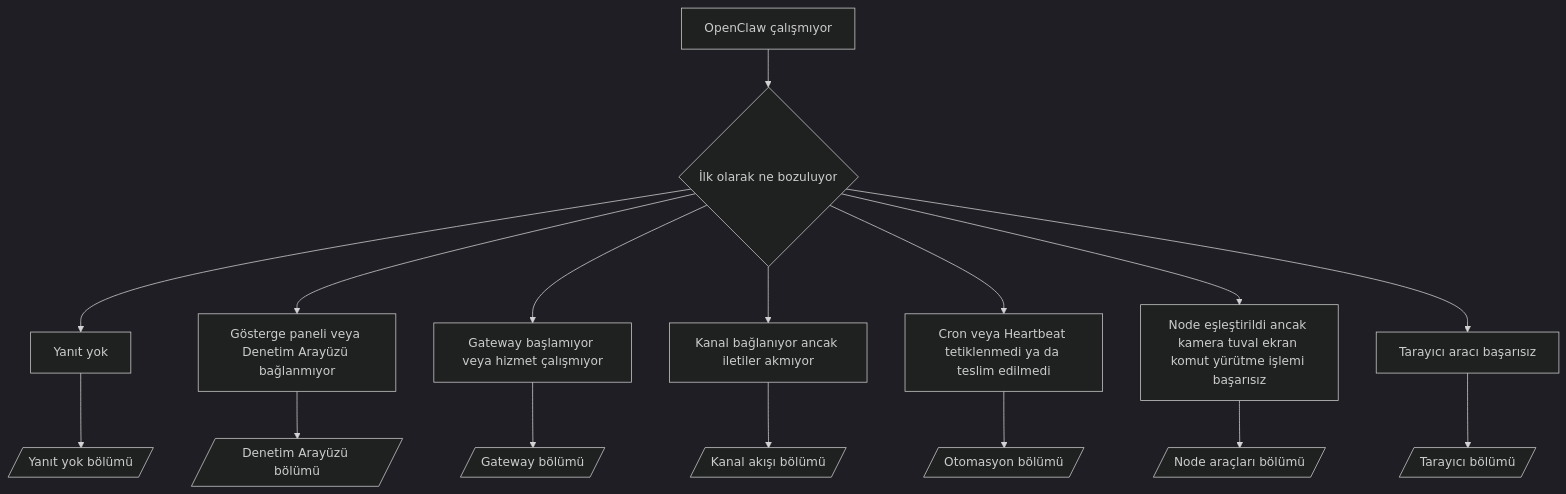
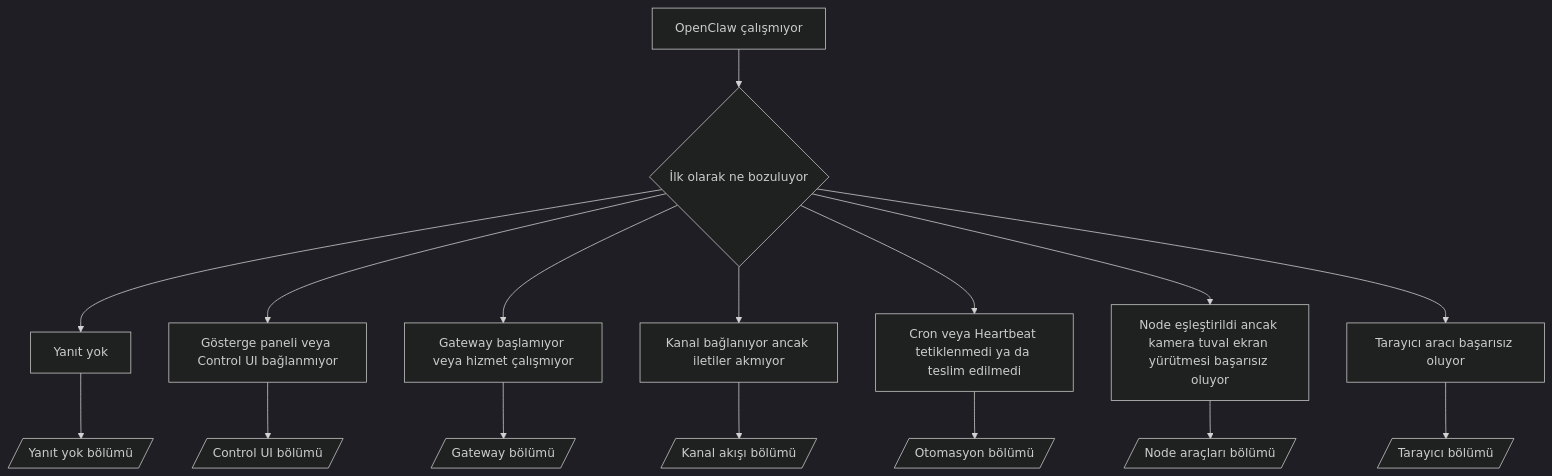
The diagram in openclaw-docs/tr/help/troubleshooting.md (is0383kk/ai-docs-sync-workflow), drawn with Mermaid (dark theme) before and after one commit. The commit also changed other lines of this file and 11096 other files, not shown here.

````diff
--- a/openclaw-docs/tr/help/troubleshooting.md
+++ b/openclaw-docs/tr/help/troubleshooting.md
@@ -195,19 +193,19 @@
 ```mermaid
 flowchart TD
   A[OpenClaw çalışmıyor] --> B{İlk olarak ne bozuluyor}
   B --> C[Yanıt yok]
-  B --> D[Gösterge paneli veya Denetim Arayüzü bağlanmıyor]
+  B --> D[Gösterge paneli veya Control UI bağlanmıyor]
   B --> E[Gateway başlamıyor veya hizmet çalışmıyor]
   B --> F[Kanal bağlanıyor ancak iletiler akmıyor]
   B --> G[Cron veya Heartbeat tetiklenmedi ya da teslim edilmedi]
-  B --> H[Node eşleştirildi ancak kamera tuval ekran komut yürütme işlemi başarısız]
-  B --> I[Tarayıcı aracı başarısız]
+  B --> H[Node eşleştirildi ancak kamera tuval ekran yürütmesi başarısız oluyor]
+  B --> I[Tarayıcı aracı başarısız oluyor]
 
   C --> C1[/Yanıt yok bölümü/]
-  D --> D1[/Denetim Arayüzü bölümü/]
+  D --> D1[/Control UI bölümü/]
   E --> E1[/Gateway bölümü/]
   F --> F1[/Kanal akışı bölümü/]
   G --> G1[/Otomasyon bölümü/]
   H --> H1[/Node araçları bölümü/]
   I --> I1[/Tarayıcı bölümü/]
 ```
````
